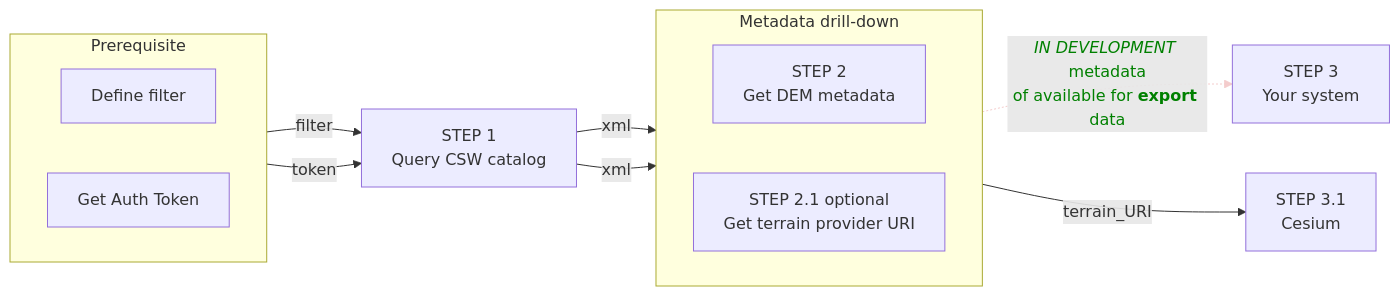
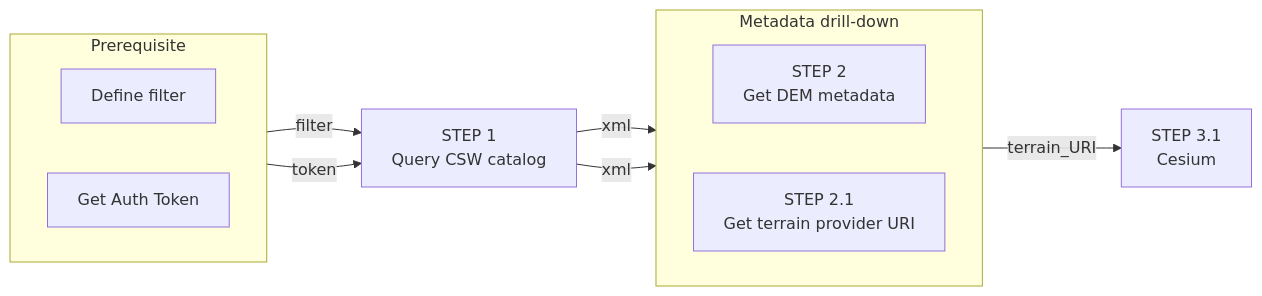
One commit to MapColonies/developer-portal changed the diagram in docs/MapColonies/DEM/Guides/terrain_provider.md. Above: the diagram before and after it, drawn with Mermaid. The commit also changed 7 other files, not shown here.

````diff
--- a/docs/MapColonies/DEM/Guides/terrain_provider.md
+++ b/docs/MapColonies/DEM/Guides/terrain_provider.md
@@ -18,22 +18,20 @@
 ```mermaid
 flowchart LR
     subgraph  Prerequisite
       direction LR
       a1[Define filter]
       a2[Get Auth Token]
     end
 
     a1 -- filter --> B[STEP 1<br/> Query CSW catalog]
     a2 -- token --> B
     subgraph  Metadata drill-down
       direction LR
       c1[STEP 2<br/>Get DEM metadata]
-      c2[STEP 2.1 optional<br/>Get terrain provider URI]
+      c2[STEP 2.1<br/>Get terrain provider URI]
     end
     B -- xml --> c1
     B -- xml --> c2
-    c1 -. <i>IN DEVELOPMENT</i> <br/>metadata<br/>of available for <b>export</b> data .-> E[STEP 3<br/>Your system]
     c2 -- terrain_URI --> D[STEP 3.1<br/>Cesium]
 
-    linkStyle 4 color:green,stroke:#f4cccc,stroke-width:5px %% Arrow 
 ```
````
